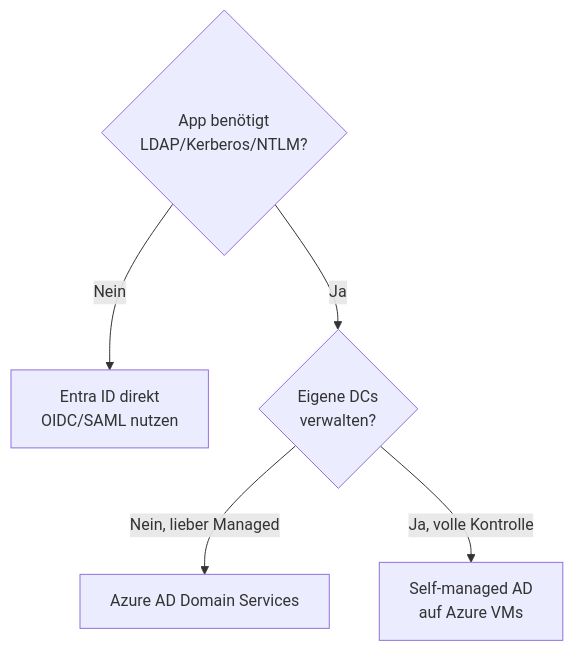
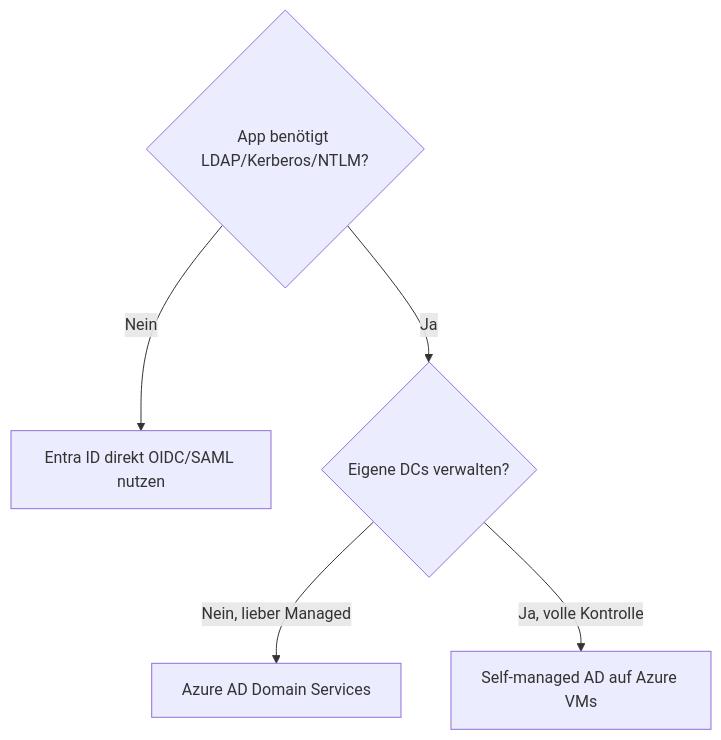
One commit to SoniiiT/notes-n-docs changed the first of 5 diagrams in Microsoft 365/Azure/Identität und Schlüssel/Azure AD Domain Services.md. Above: the diagram before and after it, drawn with Mermaid. The commit also changed other lines of this file and 124 other files, not shown here.

First line of the commit message:
fix: Entferne \n aus allen Mermaid-Diagrammen (125 Dateien)

````diff
--- a/Microsoft 365/Azure/Identität und Schlüssel/Azure AD Domain Services.md
+++ b/Microsoft 365/Azure/Identität und Schlüssel/Azure AD Domain Services.md
@@ -49,7 +49,7 @@
 ```mermaid
 graph TD
-    Q1{App benötigt\nLDAP/Kerberos/NTLM?} -->|Nein| NEIN[Entra ID direkt\nOIDC/SAML nutzen]
-    Q1 -->|Ja| Q2{Eigene DCs\nverwalten?}
+    Q1{App benötigt LDAP/Kerberos/NTLM?} -->|Nein| NEIN[Entra ID direkt OIDC/SAML nutzen]
+    Q1 -->|Ja| Q2{Eigene DCs verwalten?}
     Q2 -->|Nein, lieber Managed| AADDS[Azure AD Domain Services]
-    Q2 -->|Ja, volle Kontrolle| SELFMANAGED[Self-managed AD\nauf Azure VMs]
+    Q2 -->|Ja, volle Kontrolle| SELFMANAGED[Self-managed AD auf Azure VMs]
 ```
````
